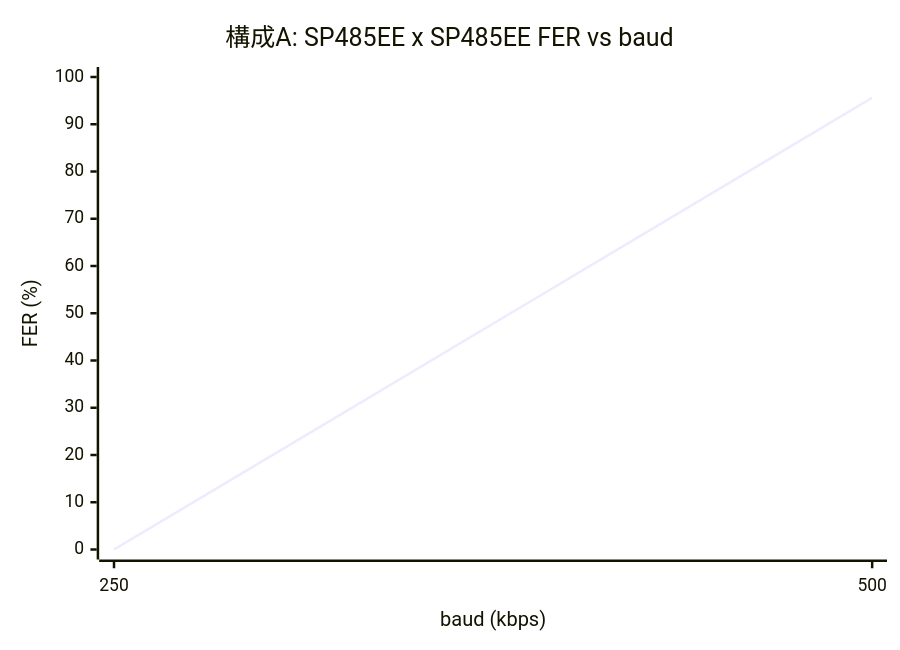
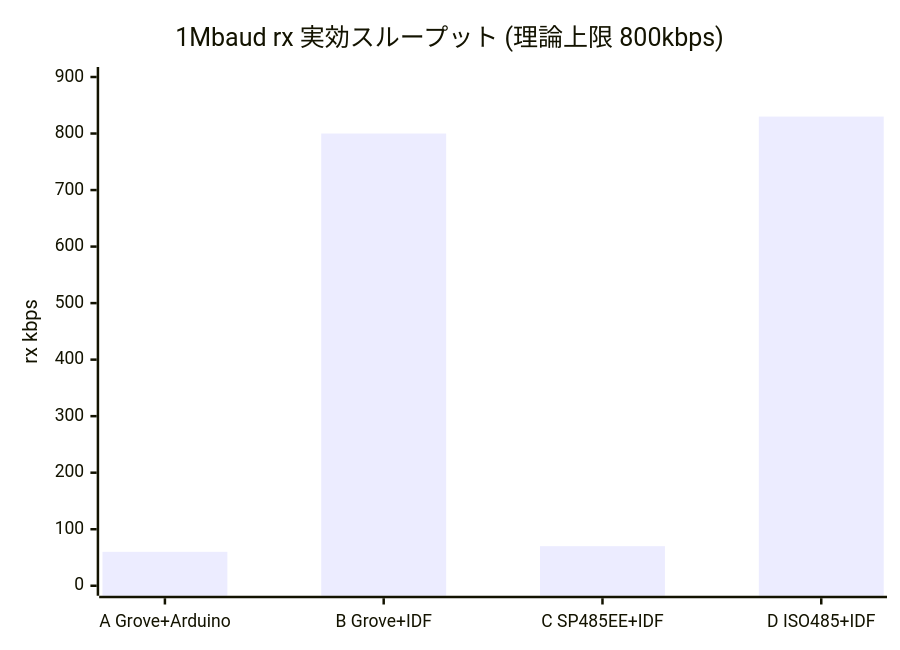
The first of 2 diagrams in doc/202604092200_RS485-baudrate-eval-results.md (uecken/RS485_1Mbaud_test), drawn with Mermaid before and after one commit. The commit also changed other lines of this file, not shown here.

First line of the commit message:
doc: focus on '1Mbaud condition matrix' — remove 5 per-config baud sweep graphs

````diff
--- a/doc/202604092200_RS485-baudrate-eval-results.md
+++ b/doc/202604092200_RS485-baudrate-eval-results.md
@@ -43,7 +180,7 @@
 ```mermaid
 xychart-beta
-    title "構成A: SP485EE x SP485EE FER vs baud"
-    x-axis "baud (kbps)" [250, 500]
-    y-axis "FER (%)" 0 --> 100
-    line [0, 95.6]
+    title "1Mbaud rx 実効スループット (理論上限 800kbps)"
+    x-axis ["A Grove+Arduino", "B Grove+IDF", "C SP485EE+IDF", "D ISO485+IDF"]
+    y-axis "rx kbps" 0 --> 900
+    bar [60, 800, 70, 830]
 ```
````
